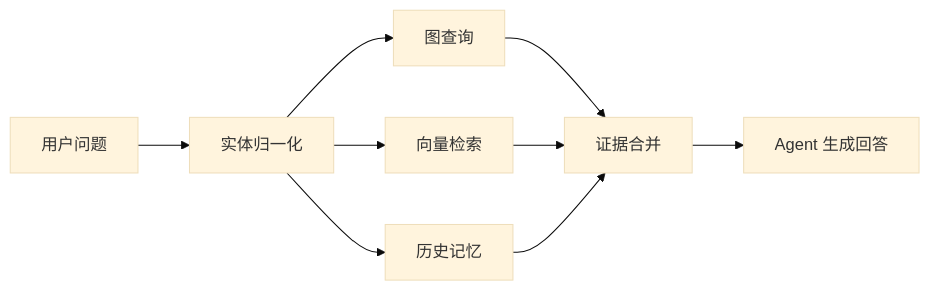
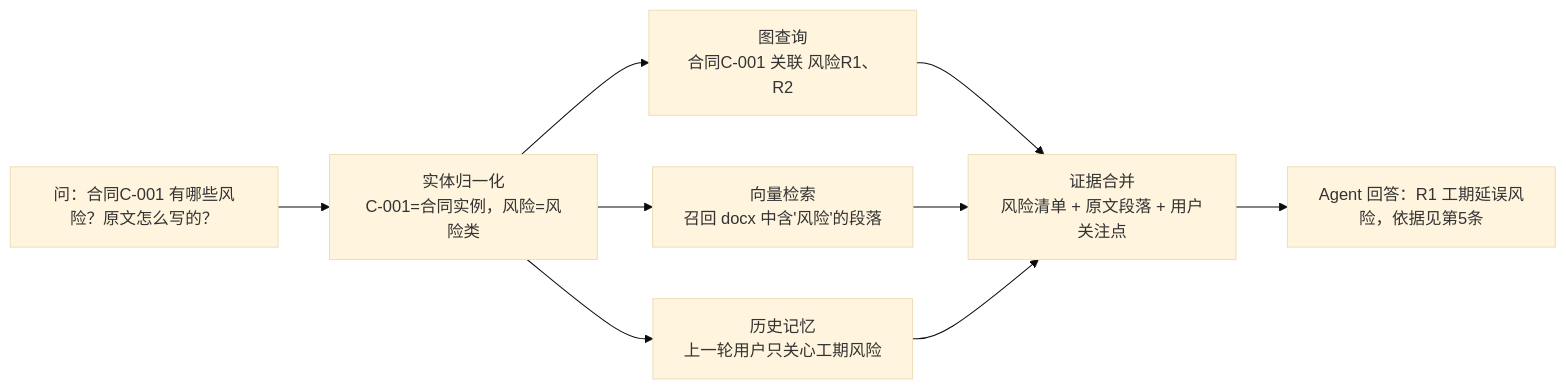
One commit to sealzrt/2026-08--agent changed the third of 3 diagrams in 本体论-agent/01-概念基础/02.本体论知识图谱RAG和记忆.md. Above: the diagram before and after it, drawn with Mermaid (base theme). The commit also changed other lines of this file and 62 other files, not shown here.

````diff
--- a/本体论-agent/01-概念基础/02.本体论知识图谱RAG和记忆.md
+++ b/本体论-agent/01-概念基础/02.本体论知识图谱RAG和记忆.md
@@ -75,11 +106,12 @@
 ```mermaid
 flowchart LR
-    Q[用户问题] --> N[实体归一化]
-    N --> G[图查询]
-    N --> V[向量检索]
-    N --> H[历史记忆]
-    G --> M[证据合并]
-    V --> M
-    H --> M
-    M --> A[Agent 生成回答]
+    Q["问：合同C-001 有哪些风险？原文怎么写的？"]
+    Q --> N["实体归一化<br/>C-001=合同实例，风险=风险类"]
+    N --> G["图查询<br/>合同C-001 关联 风险R1、R2"]
+    N --> V["向量检索<br/>召回 docx 中含'风险'的段落"]
+    N --> H["历史记忆<br/>上一轮用户只关心工期风险"]
+    G --> M2["证据合并<br/>风险清单 + 原文段落 + 用户关注点"]
+    V --> M2
+    H --> M2
+    M2 --> A["Agent 回答：R1 工期延误风险，依据见第5条"]
 ```
````
